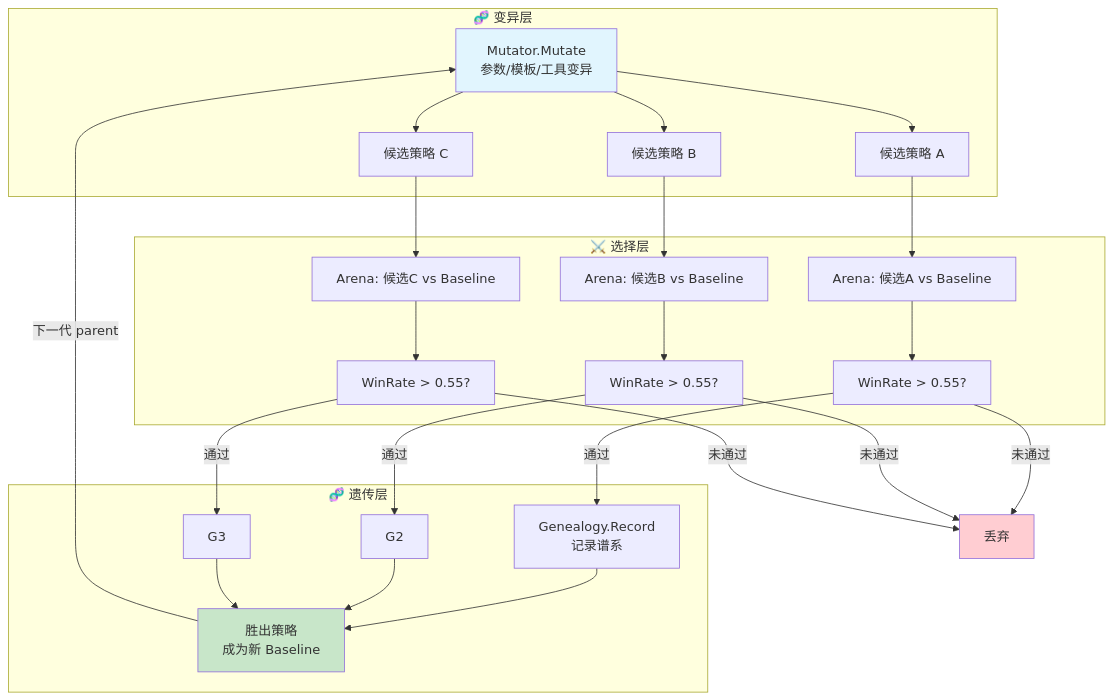
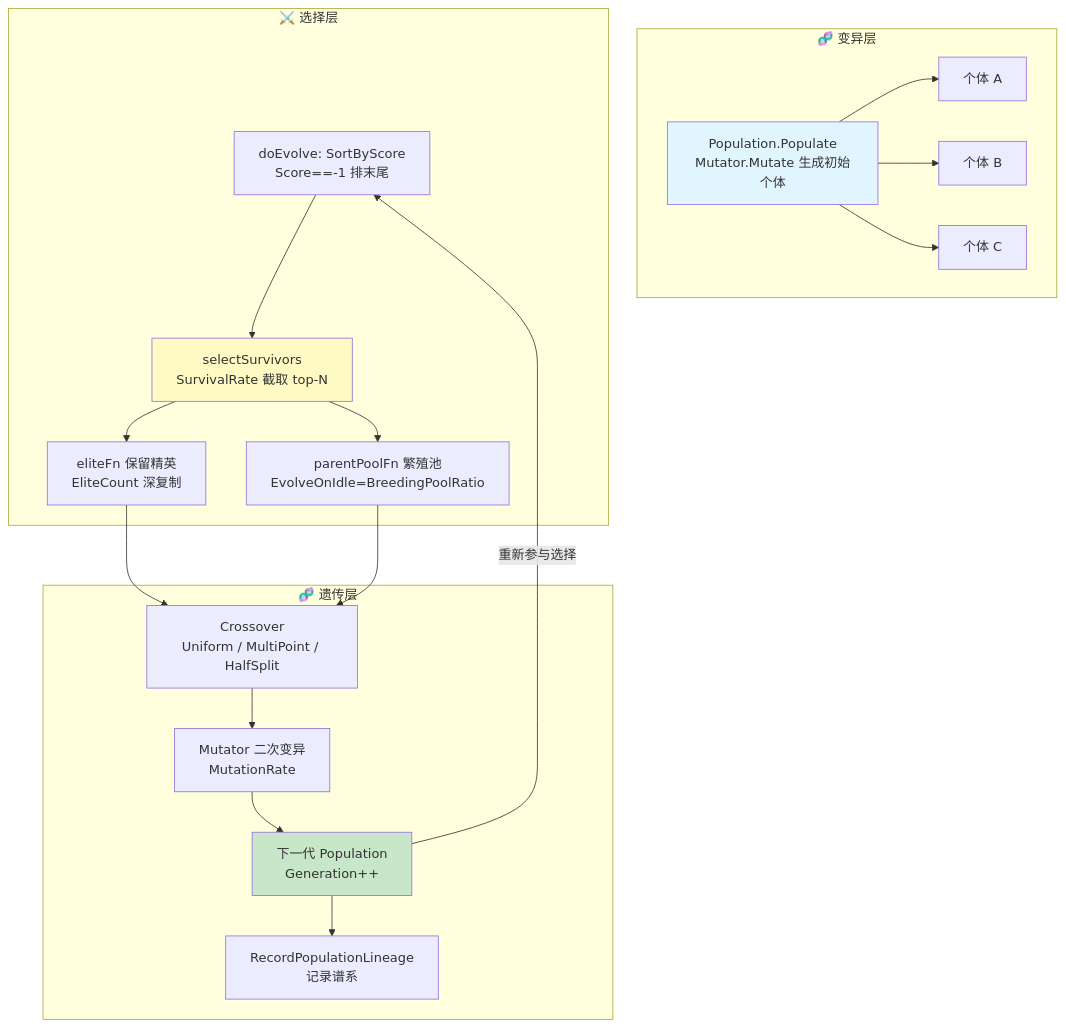
One commit to Timwood0x10/ARES changed the first of 4 diagrams in docs/articles/zh/11-autonomous-evolution-deep-dive.md. Above: the diagram before and after it, drawn with Mermaid. The commit also changed other lines of this file and 2423 other files, not shown here.

````diff
--- a/docs/articles/zh/11-autonomous-evolution-deep-dive.md
+++ b/docs/articles/zh/11-autonomous-evolution-deep-dive.md
@@ -84,39 +53,30 @@
 ```mermaid
 graph TD
     subgraph "🧬 变异层"
-        M[Mutator.Mutate<br/>参数/模板/工具变异]
-        M --> C1[候选策略 A]
-        M --> C2[候选策略 B]
-        M --> C3[候选策略 C]
+        M[Population.Populate<br/>Mutator.Mutate 生成初始个体]
+        M --> C1[个体 A]
+        M --> C2[个体 B]
+        M --> C3[个体 C]
     end
 
     subgraph "⚔️ 选择层"
-        A1[Arena: 候选A vs Baseline]
-        A2[Arena: 候选B vs Baseline]
-        A3[Arena: 候选C vs Baseline]
-        C1 --> A1
-        C2 --> A2
-        C3 --> A3
-        A1 --> WR1[WinRate > 0.55?]
-        A2 --> WR2[WinRate > 0.55?]
-        A3 --> WR3[WinRate > 0.55?]
+        A[doEvolve: SortByScore<br/>Score==-1 排末尾]
+        A --> S[selectSurvivors<br/>SurvivalRate 截取 top-N]
+        S --> E[eliteFn 保留精英<br/>EliteCount 深复制]
+        S --> P[parentPoolFn 繁殖池<br/>EvolveOnIdle=BreedingPoolRatio]
     end
 
     subgraph "🧬 遗传层"
-        WR1 --> |通过| G1[Genealogy.Record<br/>记录谱系]
-        WR2 --> |通过| G2
-        WR3 --> |通过| G3
-        G1 --> WIN[胜出策略<br/>成为新 Baseline]
-        G2 --> WIN
-        G3 --> WIN
-        WIN --> |下一代 parent| M
+        E --> C4[Crossover<br/>Uniform / MultiPoint / HalfSplit]
+        P --> C4
+        C4 --> MU[Mutator 二次变异<br/>MutationRate]
+        MU --> NG[下一代 Population<br/>Generation++]
+        NG --> R[RecordPopulationLineage<br/>记录谱系]
     end
 
-    WR1 --> |未通过| FAIL[丢弃]
-    WR2 --> |未通过| FAIL
-    WR3 --> |未通过| FAIL
+    NG --> |"重新参与选择"| A
 
     style M fill:#e1f5fe
-    style WIN fill:#c8e6c9
-    style FAIL fill:#ffcdd2
+    style S fill:#fff9c4
+    style NG fill:#c8e6c9
 ```
````
